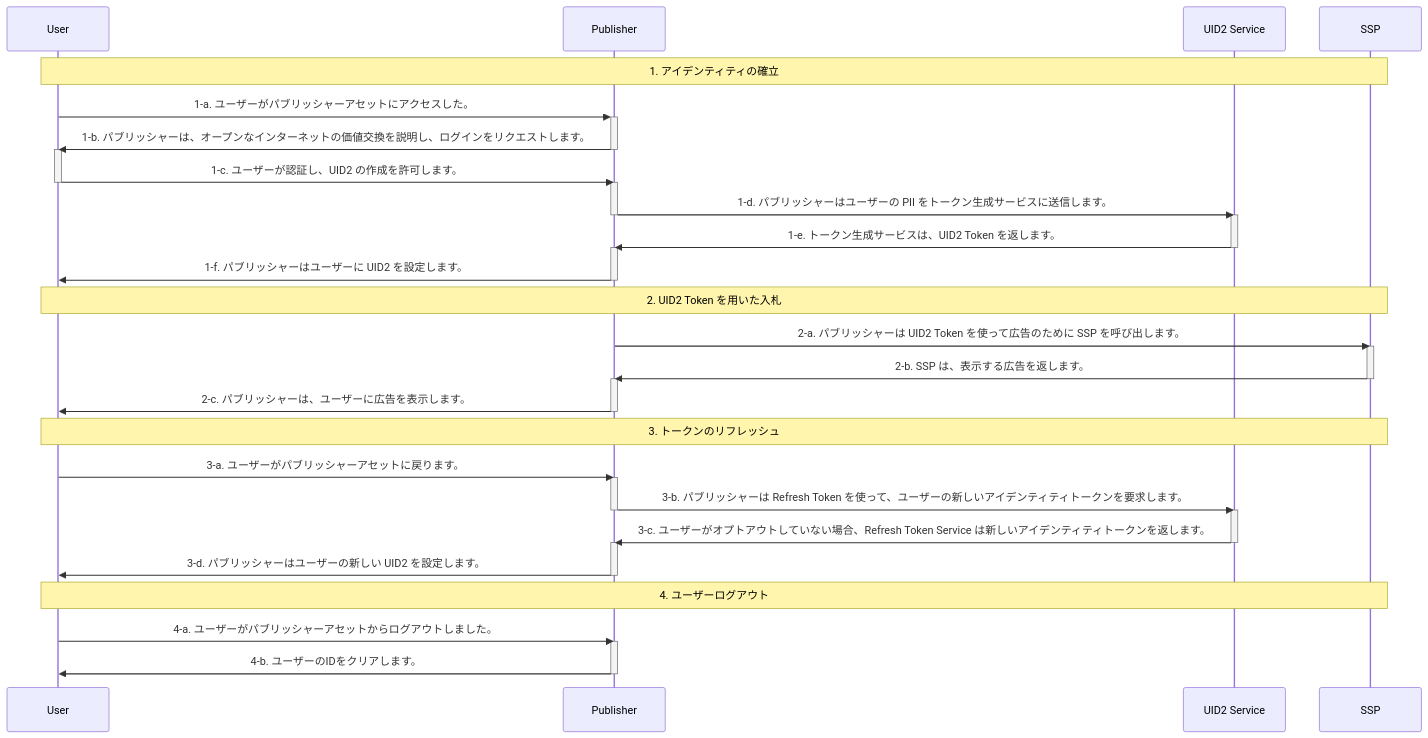
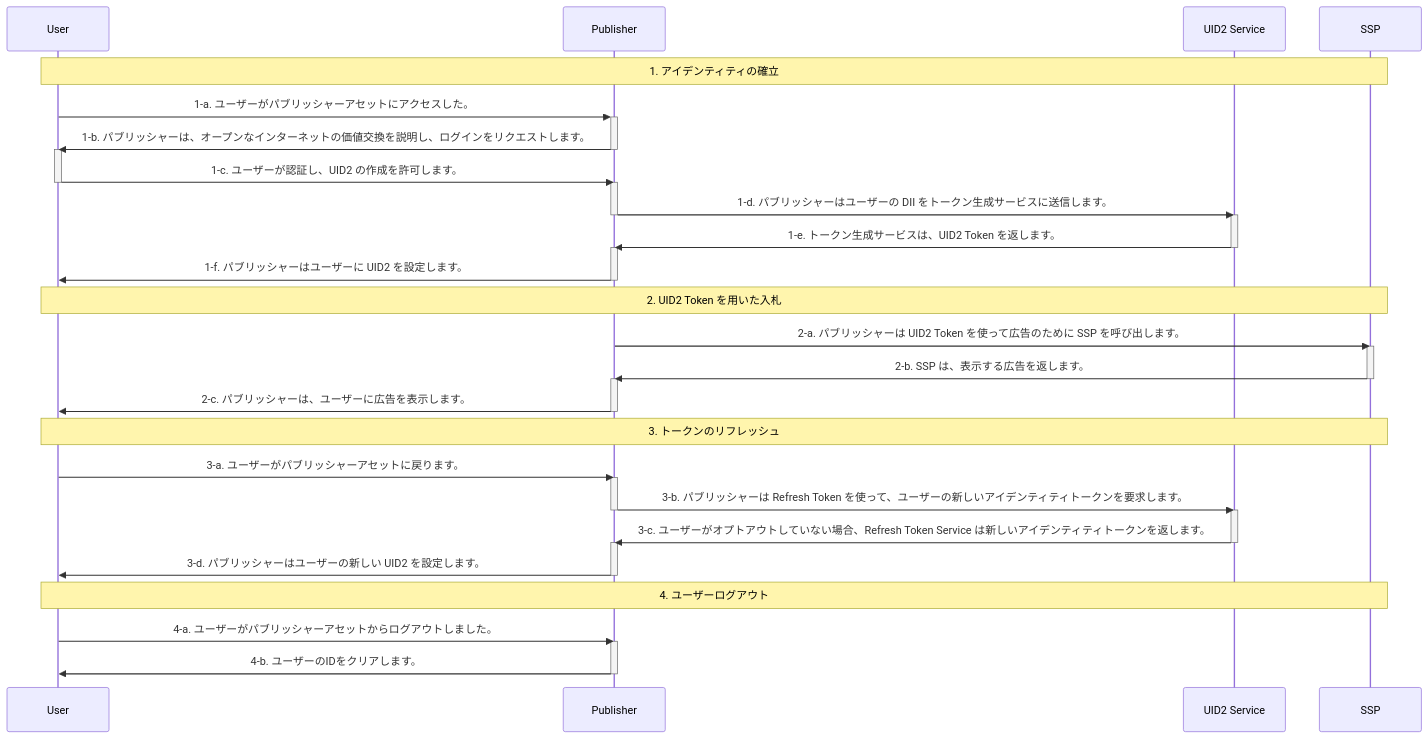
The diagram in api-ja/v2/guides/custom-publisher-integration.md (IABTechLab/uid2docs), drawn with Mermaid before and after one commit. The commit also changed 11 other files, not shown here.

Commit message:
APIDOCS-1348: change PII to DII (global)

````diff
--- a/api-ja/v2/guides/custom-publisher-integration.md
+++ b/api-ja/v2/guides/custom-publisher-integration.md
@@ -38,49 +38,49 @@
 ```mermaid
 sequenceDiagram
   participant U as User
   participant P as Publisher
   participant UID2 as UID2 Service
   participant SSP
   Note over U,SSP: 1. アイデンティティの確立
   U->>+P: 1-a. ユーザーがパブリッシャーアセットにアクセスした。
   P->>-U: 1-b. パブリッシャーは、オープンなインターネットの価値交換を説明し、ログインをリクエストします。
   activate U
   U->>P: 1-c. ユーザーが認証し、UID2 の作成を許可します。
   deactivate U
   activate P
-  P->>UID2: 1-d. パブリッシャーはユーザーの PII をトークン生成サービスに送信します。
+  P->>UID2: 1-d. パブリッシャーはユーザーの DII をトークン生成サービスに送信します。
   deactivate P
   activate UID2
   UID2->>P: 1-e. トークン生成サービスは、UID2 Token を返します。
   deactivate UID2
   activate P
   P->>U: 1-f. パブリッシャーはユーザーに UID2 を設定します。
   deactivate P
   Note over U,SSP: 2. UID2 Token を用いた入札
 
   P->>SSP: 2-a. パブリッシャーは UID2 Token を使って広告のために SSP を呼び出します。
   activate SSP
   SSP->>P: 2-b. SSP は、表示する広告を返します。
   deactivate SSP
   activate P
   P->>U: 2-c. パブリッシャーは、ユーザーに広告を表示します。
   deactivate P
 
   Note over U,SSP: 3. トークンのリフレッシュ
   U->>P: 3-a. ユーザーがパブリッシャーアセットに戻ります。
   activate P
   P->>UID2: 3-b. パブリッシャーは Refresh Token を使って、ユーザーの新しいアイデンティティトークンを要求します。
   deactivate P
   activate UID2
   UID2->>P: 3-c. ユーザーがオプトアウトしていない場合、Refresh Token Service は新しいアイデンティティトークンを返します。
   deactivate UID2
   activate P
   P->>U: 3-d. パブリッシャーはユーザーの新しい UID2 を設定します。
   deactivate P
 
   Note over U,SSP: 4. ユーザーログアウト
   U->>P: 4-a. ユーザーがパブリッシャーアセットからログアウトしました。
   activate P
   P->>U: 4-b. ユーザーのIDをクリアします。
   deactivate P
 ```
````
